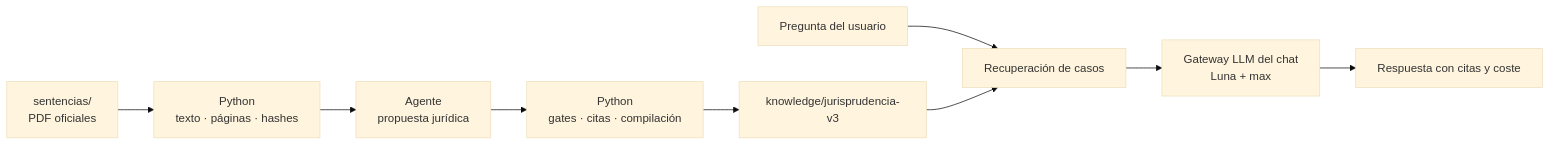
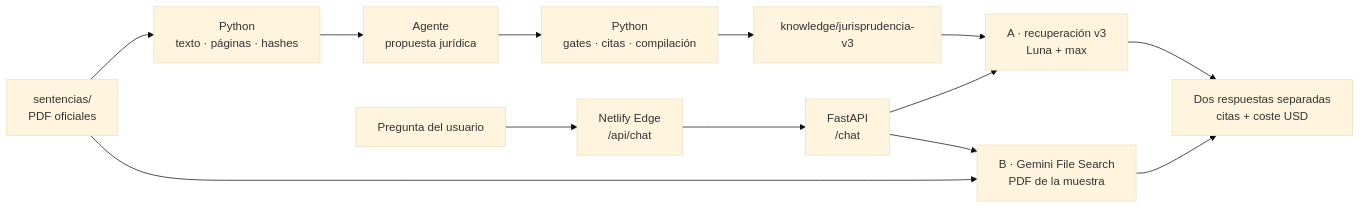
Before and after one commit to jmgb/residenciafiscal: the diagram in README.md, drawn with Mermaid (base theme). The commit also changed other lines of this file and 42 other files, not shown here.

````diff
--- a/README.md
+++ b/README.md
@@ -51,11 +52,15 @@
 ```mermaid
 flowchart LR
     PDFS["sentencias/<br/>PDF oficiales"] --> PY["Python<br/>texto · páginas · hashes"]
     PY --> AGENT["Agente<br/>propuesta jurídica"]
     AGENT --> GATES["Python<br/>gates · citas · compilación"]
     GATES --> CORPUS["knowledge/jurisprudencia-v3"]
-    QUESTION["Pregunta del usuario"] --> RETRIEVAL["Recuperación de casos"]
-    CORPUS --> RETRIEVAL
-    RETRIEVAL --> CHAT["Gateway LLM del chat<br/>Luna + max"]
-    CHAT --> ANSWER["Respuesta con citas y coste"]
+    QUESTION["Pregunta del usuario"] --> EDGE["Netlify Edge<br/>/api/chat"]
+    EDGE --> API["FastAPI<br/>/chat"]
+    API --> A["A · recuperación v3<br/>Luna + max"]
+    CORPUS --> A
+    PDFS --> B["B · Gemini File Search<br/>PDF de la muestra"]
+    API --> B
+    A --> ANSWER["Dos respuestas separadas<br/>citas + coste USD"]
+    B --> ANSWER
 ```
````
